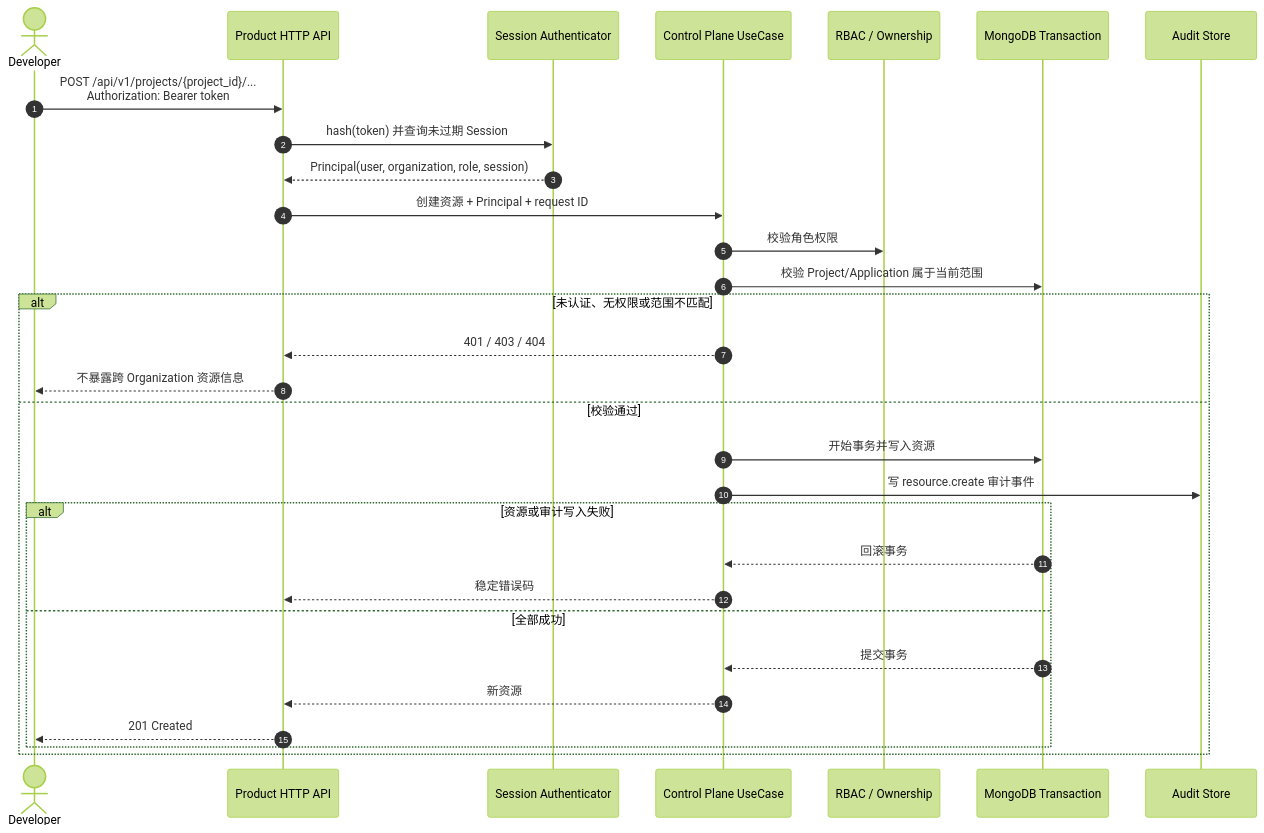
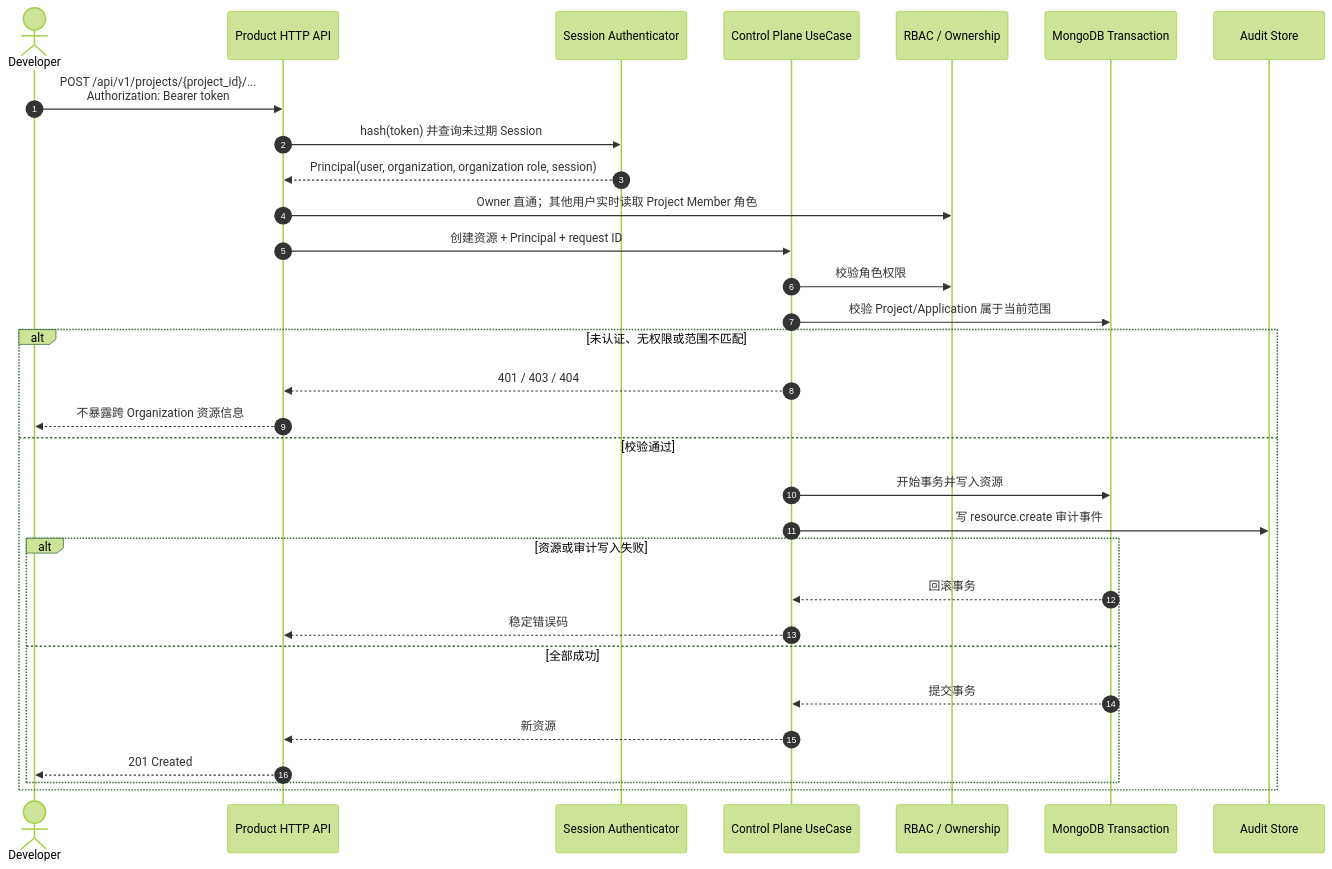
The fourth of 16 diagrams in docs/flows.md (owndock/owndock), drawn with Mermaid (forest theme) before and after one commit. The commit also changed other lines of this file and 160 other files, not shown here.

````diff
--- a/docs/flows.md
+++ b/docs/flows.md
@@ -128,33 +132,34 @@
 ```mermaid
 sequenceDiagram
     autonumber
     actor D as Developer
     participant API as Product HTTP API
     participant I as Session Authenticator
     participant U as Control Plane UseCase
     participant R as RBAC / Ownership
     participant M as MongoDB Transaction
     participant A as Audit Store
 
     D->>API: POST /api/v1/projects/{project_id}/...<br/>Authorization: Bearer token
     API->>I: hash(token) 并查询未过期 Session
-    I-->>API: Principal(user, organization, role, session)
+    I-->>API: Principal(user, organization, organization role, session)
+    API->>R: Owner 直通；其他用户实时读取 Project Member 角色
     API->>U: 创建资源 + Principal + request ID
     U->>R: 校验角色权限
     U->>M: 校验 Project/Application 属于当前范围
     alt 未认证、无权限或范围不匹配
         U-->>API: 401 / 403 / 404
         API-->>D: 不暴露跨 Organization 资源信息
     else 校验通过
         U->>M: 开始事务并写入资源
         U->>A: 写 resource.create 审计事件
         alt 资源或审计写入失败
             M-->>U: 回滚事务
             U-->>API: 稳定错误码
         else 全部成功
                 M-->>U: 提交事务
             U-->>API: 新资源
             API-->>D: 201 Created
         end
     end
 ```
````
